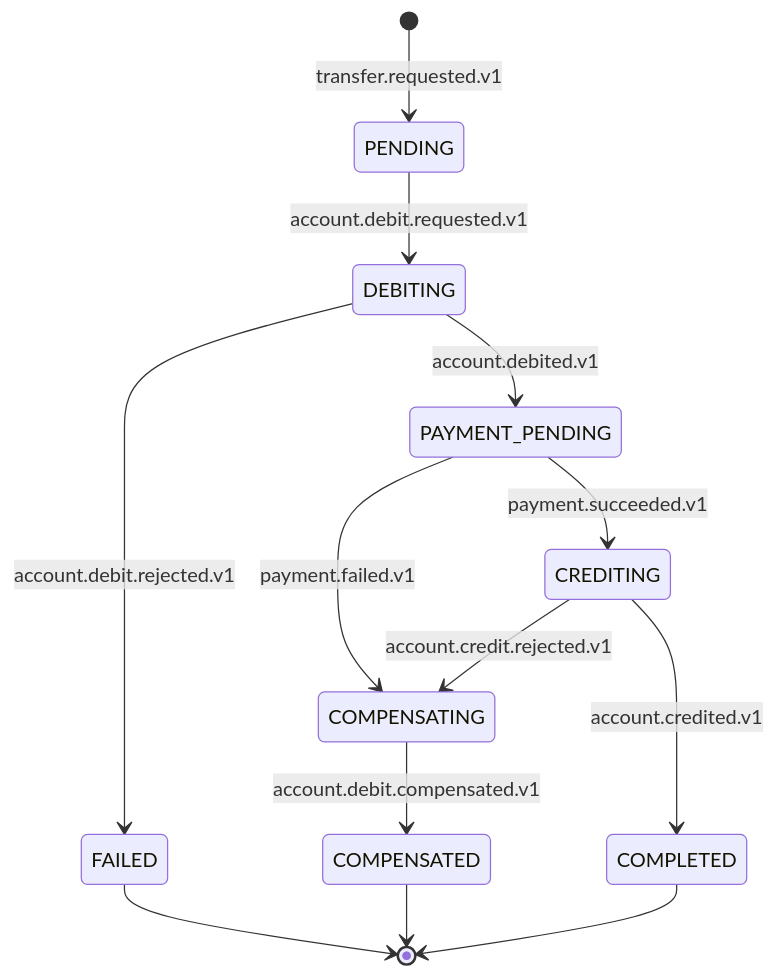
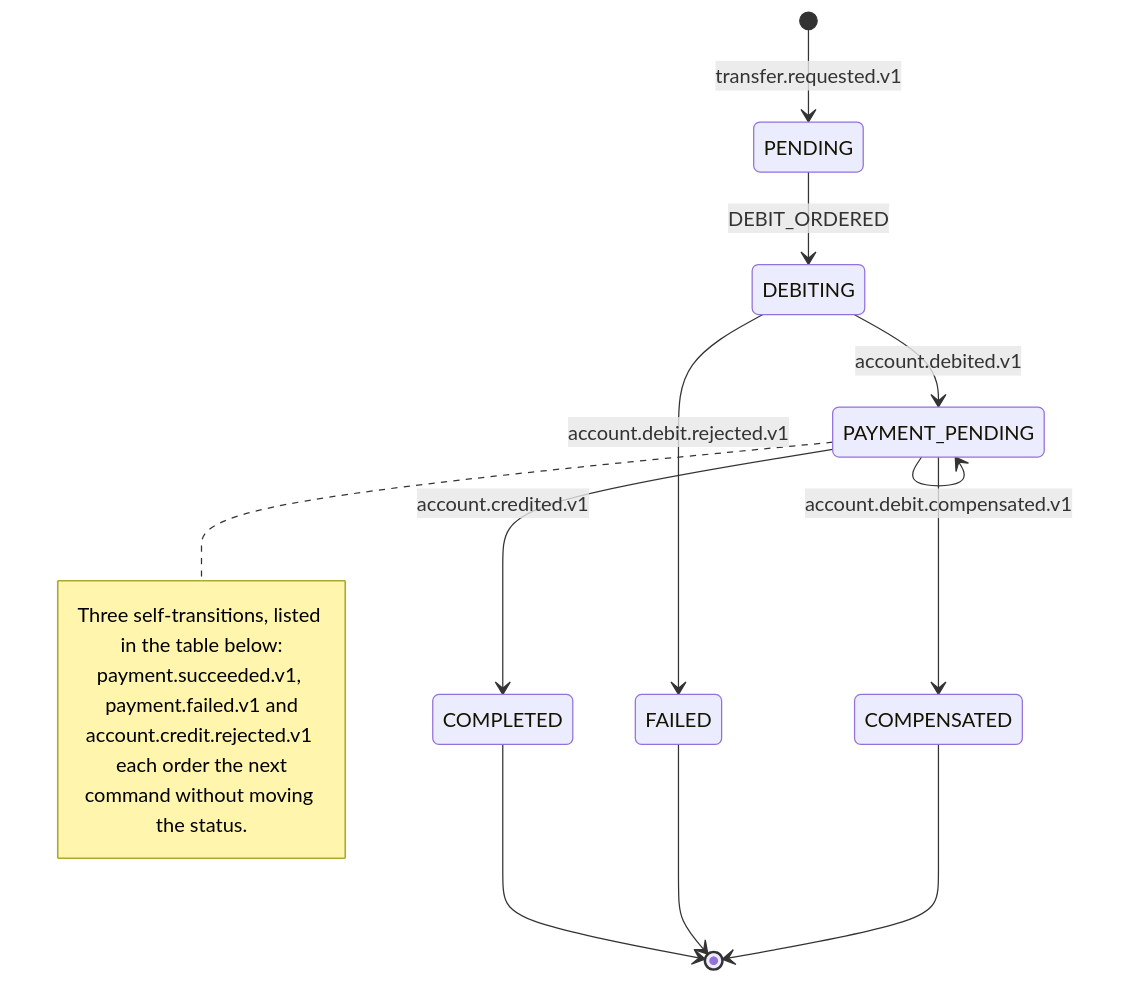
Before and after one commit to marcosbondel/Proyecto-SA-B-2: the diagram in docs/events/saga-transfer.md, drawn with Mermaid. The commit also changed other lines of this file and 66 other files, not shown here.

````diff
--- a/docs/events/saga-transfer.md
+++ b/docs/events/saga-transfer.md
@@ -33,15 +39,19 @@
 ```mermaid
 stateDiagram-v2
     [*] --> PENDING: transfer.requested.v1
-    PENDING --> DEBITING: account.debit.requested.v1
+    PENDING --> DEBITING: DEBIT_ORDERED
     DEBITING --> FAILED: account.debit.rejected.v1
     DEBITING --> PAYMENT_PENDING: account.debited.v1
-    PAYMENT_PENDING --> COMPENSATING: payment.failed.v1
-    PAYMENT_PENDING --> CREDITING: payment.succeeded.v1
-    CREDITING --> COMPENSATING: account.credit.rejected.v1
-    CREDITING --> COMPLETED: account.credited.v1
-    COMPENSATING --> COMPENSATED: account.debit.compensated.v1
+    PAYMENT_PENDING --> PAYMENT_PENDING
+    PAYMENT_PENDING --> COMPLETED: account.credited.v1
+    PAYMENT_PENDING --> COMPENSATED: account.debit.compensated.v1
     COMPLETED --> [*]
     FAILED --> [*]
     COMPENSATED --> [*]
+    note right of PAYMENT_PENDING
+        Three self-transitions, listed in the table below:
+        payment.succeeded.v1, payment.failed.v1 and
+        account.credit.rejected.v1 each order the next
+        command without moving the status.
+    end note
 ```
````
